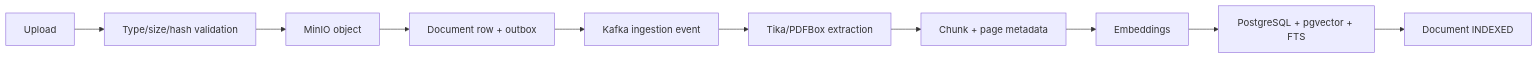
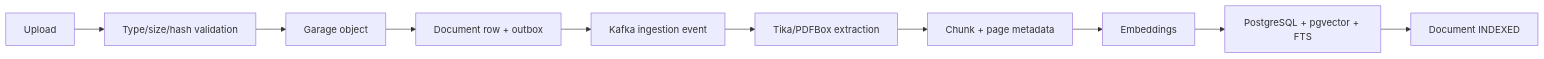
One commit to JavaCoDED78/agentflow changed the third of 3 diagrams in AGENTFLOW_ARCHITECTURE_AND_PLAN.md. Above: the diagram before and after it, drawn with Mermaid. The commit also changed other lines of this file and 10 other files, not shown here.

First line of the commit message:
feat(infra): add Garage object storage and Keycloak realm (S01-15)

````diff
--- a/AGENTFLOW_ARCHITECTURE_AND_PLAN.md
+++ b/AGENTFLOW_ARCHITECTURE_AND_PLAN.md
@@ -222,12 +222,12 @@
 ```mermaid
 flowchart LR
     Upload[Upload] --> Validate[Type/size/hash validation]
-    Validate --> Store[MinIO object]
+    Validate --> Store[Garage object]
     Store --> Tx[Document row + outbox]
     Tx --> Queue[Kafka ingestion event]
     Queue --> Extract[Tika/PDFBox extraction]
     Extract --> Chunk[Chunk + page metadata]
     Chunk --> Embed[Embeddings]
     Embed --> Index[PostgreSQL + pgvector + FTS]
     Index --> Indexed[Document INDEXED]
 ```
````
